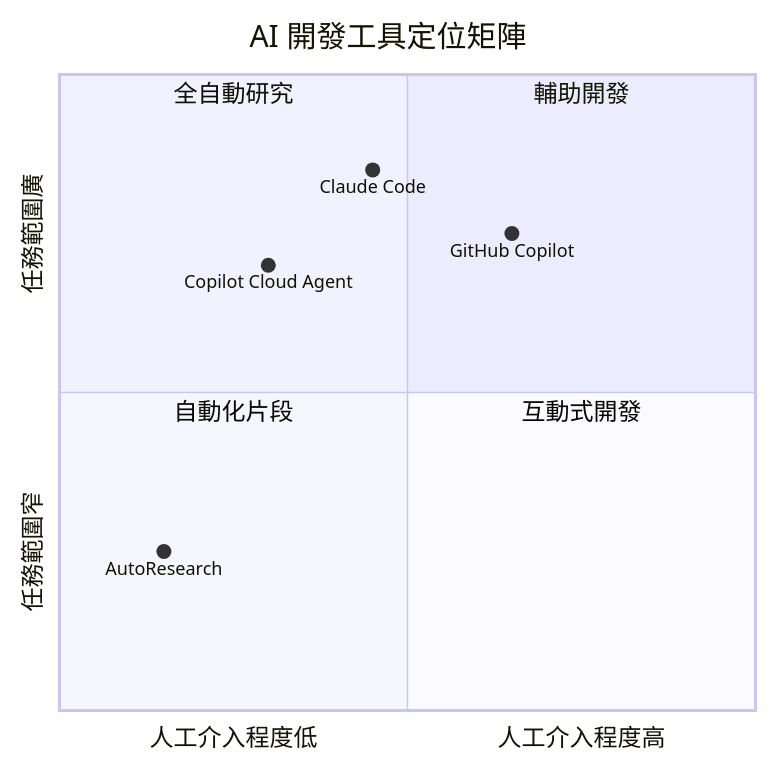
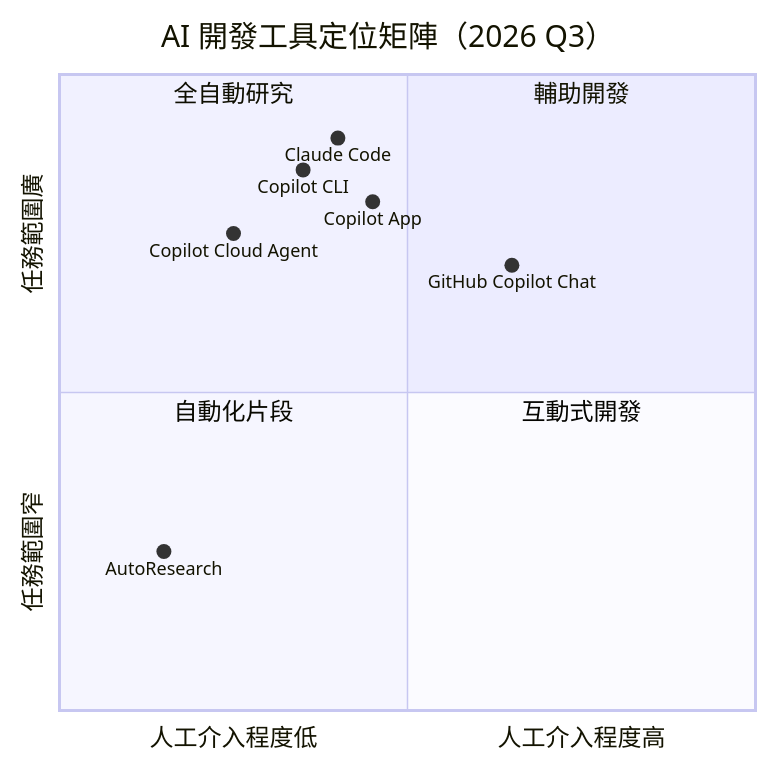
Before and after one commit to chihhung/Blog: the third of 33 diagrams in content/posts/教學/AI開發/AutoResearch 驅動 SSDLC（安全軟體開發生命週期）教學手冊.md, drawn with Mermaid. The commit also changed other lines of this file and 22 other files, not shown here.

````diff
--- a/content/posts/教學/AI開發/AutoResearch 驅動 SSDLC（安全軟體開發生命週期）教學手冊.md
+++ b/content/posts/教學/AI開發/AutoResearch 驅動 SSDLC（安全軟體開發生命週期）教學手冊.md
@@ -236,14 +256,16 @@
 ```mermaid
 quadrantChart
-    title AI 開發工具定位矩陣
+    title AI 開發工具定位矩陣（2026 Q3）
     x-axis "人工介入程度低" --> "人工介入程度高"
     y-axis "任務範圍窄" --> "任務範圍廣"
     quadrant-1 "輔助開發"
     quadrant-2 "全自動研究"
     quadrant-3 "自動化片段"
     quadrant-4 "互動式開發"
     AutoResearch: [0.15, 0.25]
-    Claude Code: [0.45, 0.85]
-    GitHub Copilot: [0.65, 0.75]
-    Copilot Cloud Agent: [0.30, 0.70]
+    Claude Code: [0.40, 0.90]
+    Copilot CLI: [0.35, 0.85]
+    Copilot Cloud Agent: [0.25, 0.75]
+    GitHub Copilot Chat: [0.65, 0.70]
+    Copilot App: [0.45, 0.80]
 ```
````
